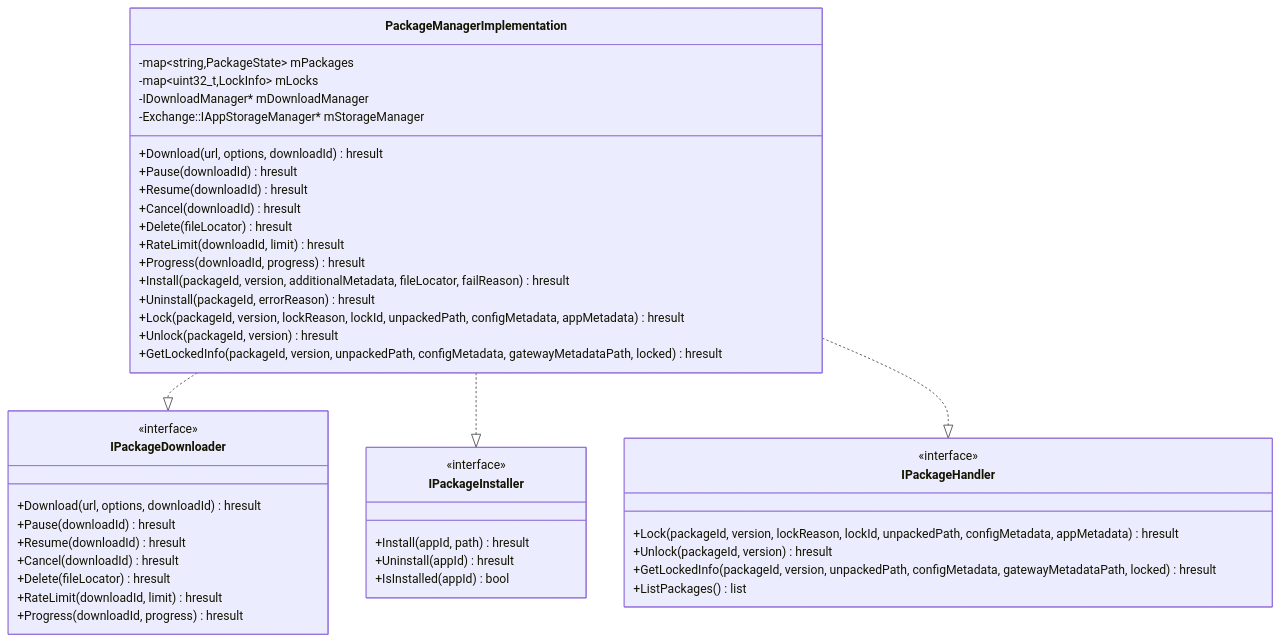
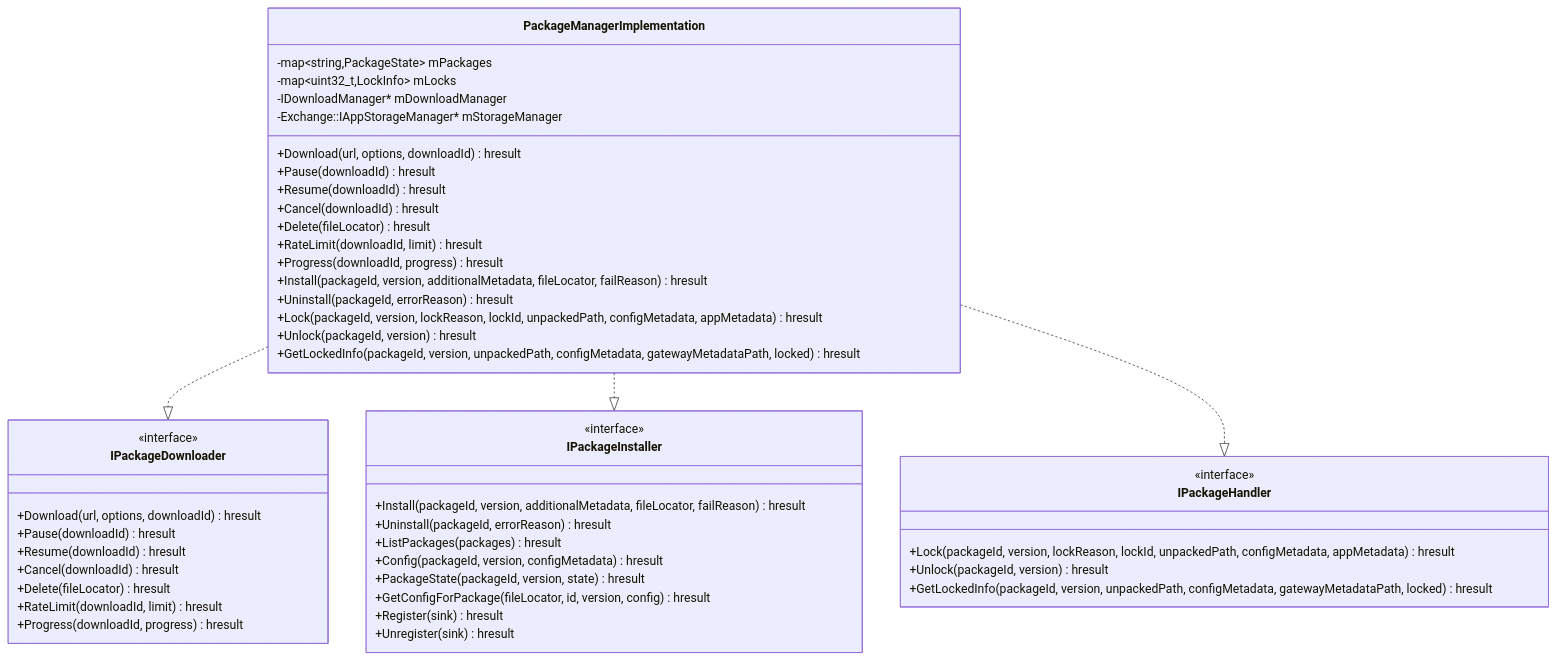
One commit to rdkcentral/entservices-appmanagers changed the second of 5 diagrams in PackageManager/PackageManager.md. Above: the diagram before and after it, drawn with Mermaid.

Commit message:
Fix IPackageInstaller class diagram to match actual Exchange interface
Agent-Logs-Url: https://github.com/rdkcentral/entservices-appmanagers/sessions/780bd4a6-b648-4e78-a55b-e704a566eab2

````diff
--- a/PackageManager/PackageManager.md
+++ b/PackageManager/PackageManager.md
@@ -62,51 +62,55 @@
 ```mermaid
 classDiagram
     class PackageManagerImplementation {
         -map~string,PackageState~ mPackages
         -map~uint32_t,LockInfo~ mLocks
         -IDownloadManager* mDownloadManager
         -Exchange::IAppStorageManager* mStorageManager
         +Download(url, options, downloadId) hresult
         +Pause(downloadId) hresult
         +Resume(downloadId) hresult
         +Cancel(downloadId) hresult
         +Delete(fileLocator) hresult
         +RateLimit(downloadId, limit) hresult
         +Progress(downloadId, progress) hresult
         +Install(packageId, version, additionalMetadata, fileLocator, failReason) hresult
         +Uninstall(packageId, errorReason) hresult
         +Lock(packageId, version, lockReason, lockId, unpackedPath, configMetadata, appMetadata) hresult
         +Unlock(packageId, version) hresult
         +GetLockedInfo(packageId, version, unpackedPath, configMetadata, gatewayMetadataPath, locked) hresult
     }
 
     class IPackageDownloader {
         <<interface>>
         +Download(url, options, downloadId) hresult
         +Pause(downloadId) hresult
         +Resume(downloadId) hresult
         +Cancel(downloadId) hresult
         +Delete(fileLocator) hresult
         +RateLimit(downloadId, limit) hresult
         +Progress(downloadId, progress) hresult
     }
 
     class IPackageInstaller {
         <<interface>>
-        +Install(appId, path) hresult
-        +Uninstall(appId) hresult
-        +IsInstalled(appId) bool
+        +Install(packageId, version, additionalMetadata, fileLocator, failReason) hresult
+        +Uninstall(packageId, errorReason) hresult
+        +ListPackages(packages) hresult
+        +Config(packageId, version, configMetadata) hresult
+        +PackageState(packageId, version, state) hresult
+        +GetConfigForPackage(fileLocator, id, version, config) hresult
+        +Register(sink) hresult
+        +Unregister(sink) hresult
     }
 
     class IPackageHandler {
         <<interface>>
         +Lock(packageId, version, lockReason, lockId, unpackedPath, configMetadata, appMetadata) hresult
         +Unlock(packageId, version) hresult
         +GetLockedInfo(packageId, version, unpackedPath, configMetadata, gatewayMetadataPath, locked) hresult
-        +ListPackages() list
     }
 
     PackageManagerImplementation ..|> IPackageDownloader
     PackageManagerImplementation ..|> IPackageInstaller
     PackageManagerImplementation ..|> IPackageHandler
 ```
````
